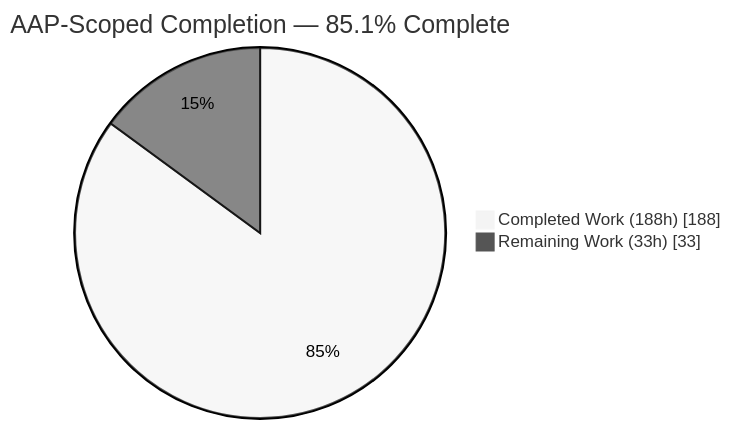
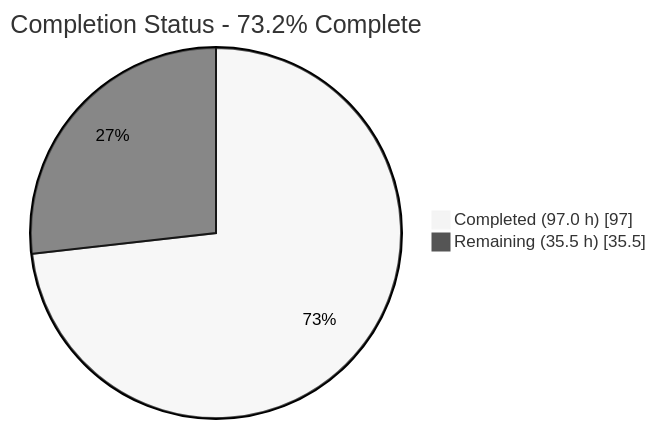
The first of 4 diagrams in blitzy/documentation/Project Guide.md (Blitzy-Sandbox/blitzy-cobol-check), drawn with Mermaid (neutral theme) before and after one commit. The commit also changed other lines of this file, not shown here.

Commit message:
Adding Blitzy Project Guide: Project Status and Human Tasks Remaining

````diff
--- a/blitzy/documentation/Project Guide.md
+++ b/blitzy/documentation/Project Guide.md
@@ -9,5 +11,5 @@
 ```mermaid
-pie showData title AAP-Scoped Completion — 85.1% Complete
-    "Completed Work (188h)" : 188
-    "Remaining Work (33h)" : 33
+pie showData title Completion Status - 73.2% Complete
+    "Completed (97.0 h)" : 97
+    "Remaining (35.5 h)" : 35.5
 ```
````
